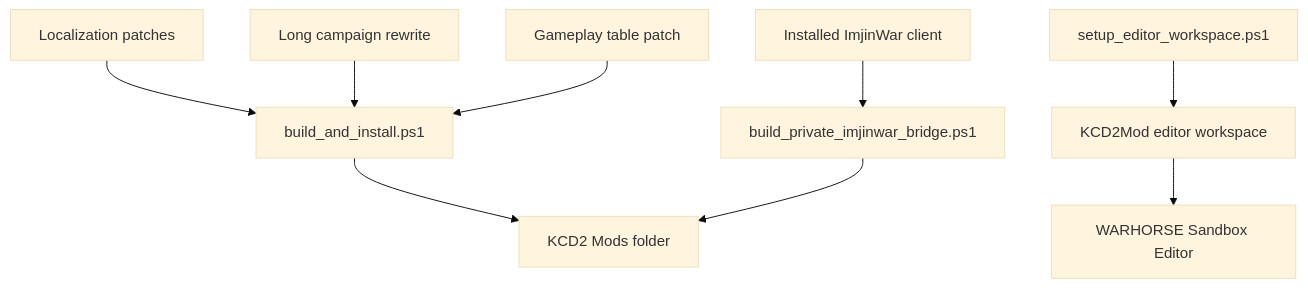
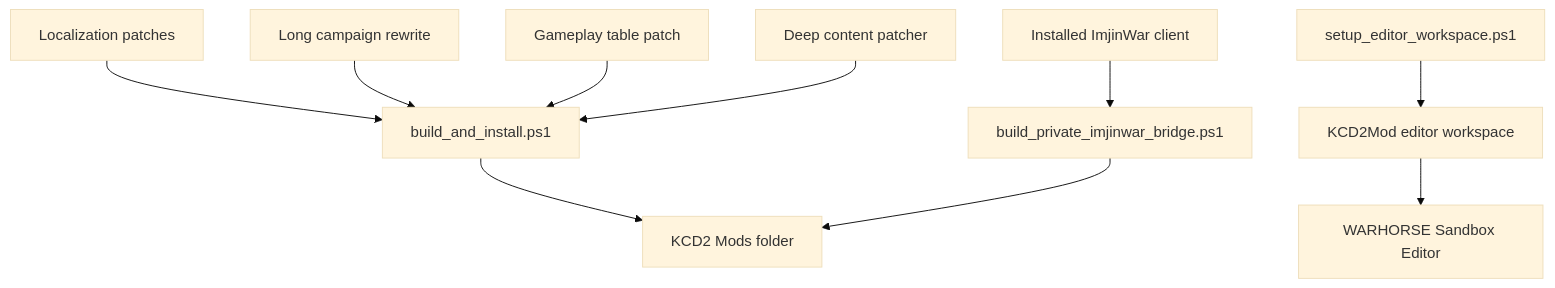
The diagram in imjin-war-joseon-counterattack-story-lab/kcd2_mod/README.en.md (sinmb79/kcd2-joseon-counterattack-mod), drawn with Mermaid (base theme) before and after one commit. The commit also changed other lines of this file and 6 other files, not shown here.

Commit message:
Add deep KCD2 Joseon content patch

````diff
--- a/imjin-war-joseon-counterattack-story-lab/kcd2_mod/README.en.md
+++ b/imjin-war-joseon-counterattack-story-lab/kcd2_mod/README.en.md
@@ -75,11 +84,12 @@
 ```mermaid
 flowchart TD
   A["Localization patches"] --> B["build_and_install.ps1"]
   C["Long campaign rewrite"] --> B
   D["Gameplay table patch"] --> B
+  K["Deep content patcher"] --> B
   B --> E["KCD2 Mods folder"]
   F["setup_editor_workspace.ps1"] --> G["KCD2Mod editor workspace"]
   G --> H["WARHORSE Sandbox Editor"]
   I["Installed ImjinWar client"] --> J["build_private_imjinwar_bridge.ps1"]
   J --> E
 ```
````
